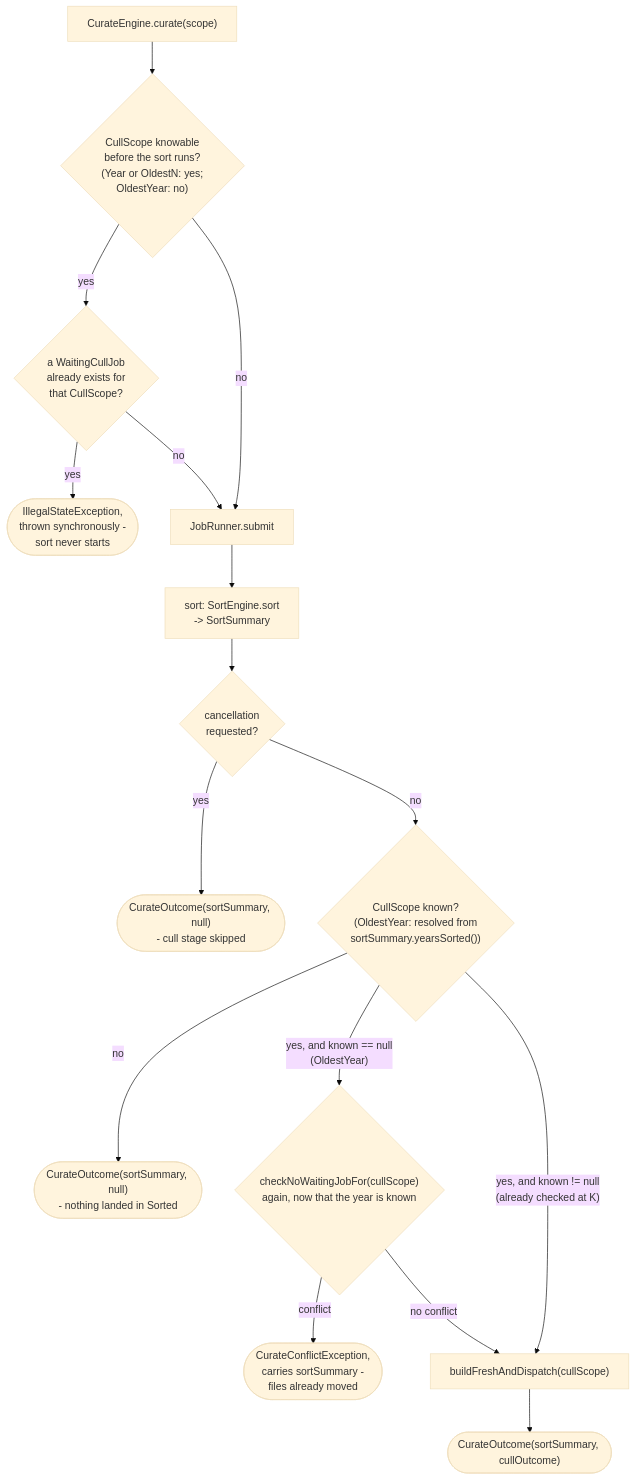
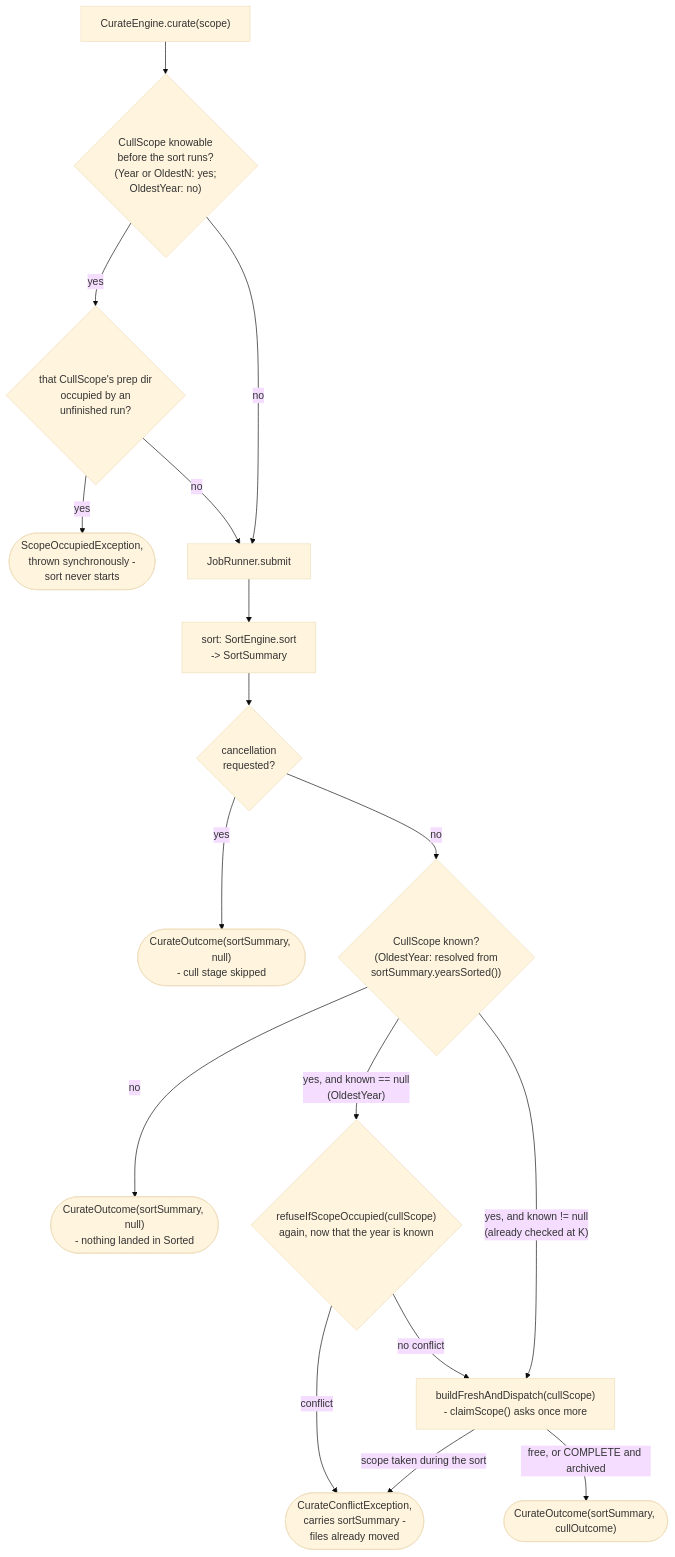
The diagram in app/docs/design/application/service/curate-engine.md (AdrianNachev91/sluice), drawn with Mermaid (base theme) before and after one commit. The commit also changed other lines of this file and 31 other files, not shown here.

````diff
--- a/app/docs/design/application/service/curate-engine.md
+++ b/app/docs/design/application/service/curate-engine.md
@@ -45,18 +50,19 @@
 ```mermaid
 flowchart TD
     A["CurateEngine.curate(scope)"] --> K{"CullScope knowable<br/>before the sort runs?<br/>(Year or OldestN: yes;<br/>OldestYear: no)"}
-    K -- " yes " --> KW{"a WaitingCullJob<br/>already exists for<br/>that CullScope?"}
-    KW -- " yes " --> KZ(["IllegalStateException,<br/>thrown synchronously -<br/>sort never starts"])
+    K -- " yes " --> KW{"that CullScope's prep dir<br/>occupied by an<br/>unfinished run?"}
+    KW -- " yes " --> KZ(["ScopeOccupiedException,<br/>thrown synchronously -<br/>sort never starts"])
     KW -- " no " --> B["JobRunner.submit"]
     K -- " no " --> B
     B --> S["sort: SortEngine.sort<br/>-> SortSummary"]
     S --> C{"cancellation<br/>requested?"}
     C -- " yes " --> CZ(["CurateOutcome(sortSummary, null)<br/>- cull stage skipped"])
     C -- " no " --> R{"CullScope known?<br/>(OldestYear: resolved from<br/>sortSummary.yearsSorted())"}
     R -- " no " --> RZ(["CurateOutcome(sortSummary, null)<br/>- nothing landed in Sorted"])
-    R -- " yes, and known == null<br/>(OldestYear) " --> OC{"checkNoWaitingJobFor(cullScope)<br/>again, now that the year is known"}
+    R -- " yes, and known == null<br/>(OldestYear) " --> OC{"refuseIfScopeOccupied(cullScope)<br/>again, now that the year is known"}
     OC -- " conflict " --> OCZ(["CurateConflictException,<br/>carries sortSummary -<br/>files already moved"])
-    OC -- " no conflict " --> BD["buildFreshAndDispatch(cullScope)"]
+    OC -- " no conflict " --> BD["buildFreshAndDispatch(cullScope)<br/>- claimScope() asks once more"]
     R -- " yes, and known != null<br/>(already checked at K) " --> BD
-    BD --> APP(["CurateOutcome(sortSummary, cullOutcome)"])
+    BD -- " scope taken during the sort " --> OCZ
+    BD -- " free, or COMPLETE and archived " --> APP(["CurateOutcome(sortSummary, cullOutcome)"])
 ```
````
